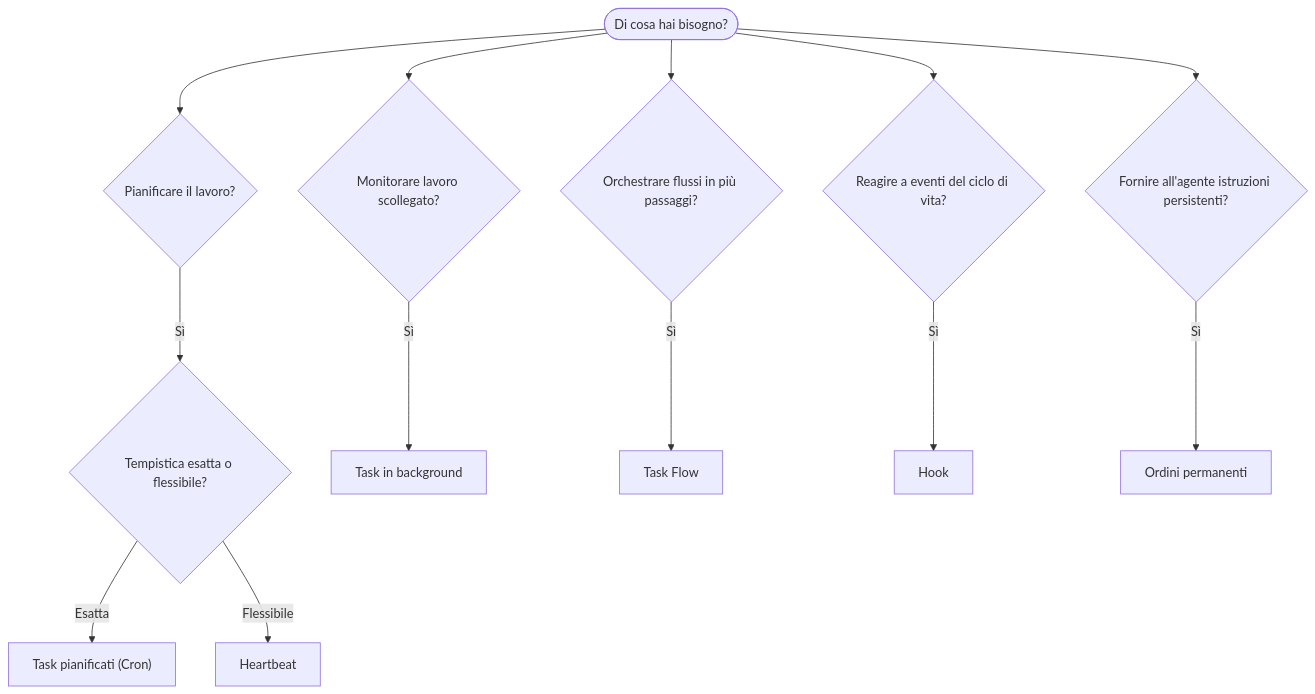
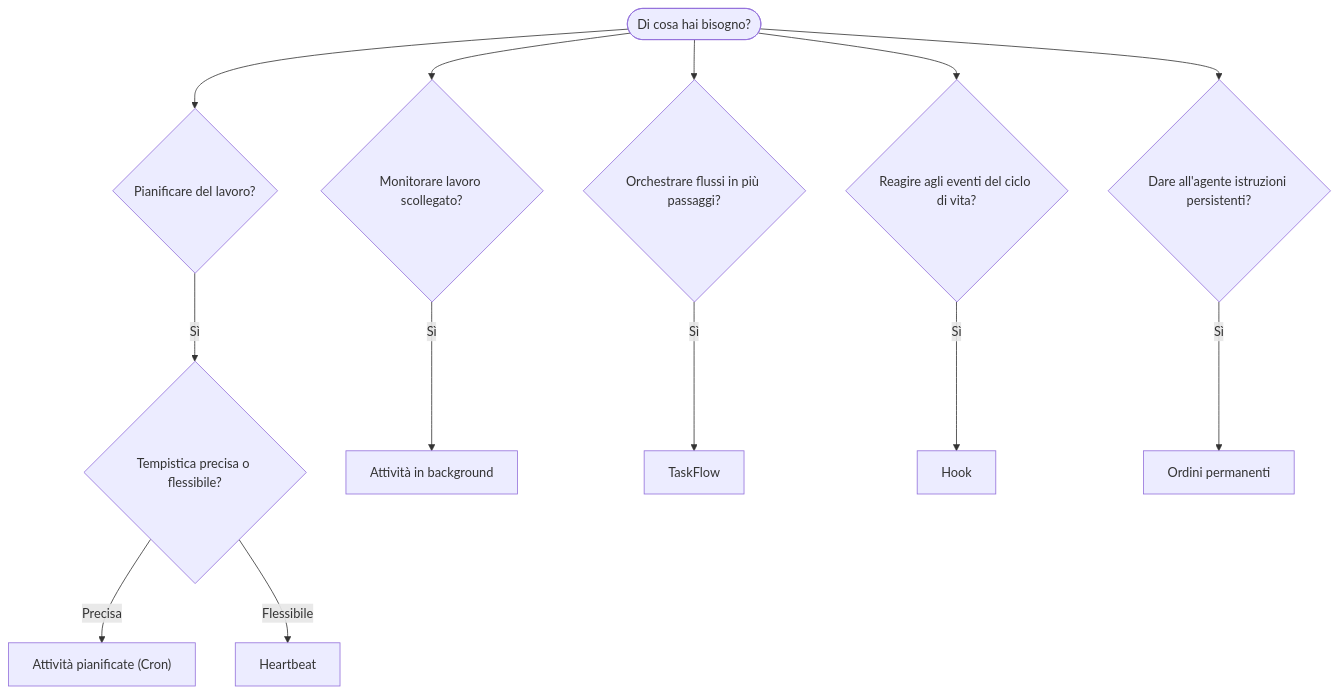
One commit to openclaw/docs changed the diagram in docs/it/automation/index.md. Above: the diagram before and after it, drawn with Mermaid. The commit also changed other lines of this file and 440 other files, not shown here.

````diff
--- a/docs/it/automation/index.md
+++ b/docs/it/automation/index.md
@@ -23,17 +21,17 @@
 ```mermaid
 flowchart TD
-    START([Di cosa hai bisogno?]) --> Q1{Pianificare il lavoro?}
+    START([Di cosa hai bisogno?]) --> Q1{Pianificare del lavoro?}
     START --> Q2{Monitorare lavoro scollegato?}
     START --> Q3{Orchestrare flussi in più passaggi?}
-    START --> Q4{Reagire a eventi del ciclo di vita?}
-    START --> Q5{Fornire all'agente istruzioni persistenti?}
+    START --> Q4{Reagire agli eventi del ciclo di vita?}
+    START --> Q5{Dare all'agente istruzioni persistenti?}
 
-    Q1 -->|Sì| Q1a{Tempistica esatta o flessibile?}
-    Q1a -->|Esatta| CRON["Task pianificati (Cron)"]
+    Q1 -->|Sì| Q1a{Tempistica precisa o flessibile?}
+    Q1a -->|Precisa| CRON["Attività pianificate (Cron)"]
     Q1a -->|Flessibile| HEARTBEAT[Heartbeat]
 
-    Q2 -->|Sì| TASKS[Task in background]
-    Q3 -->|Sì| FLOW[Task Flow]
+    Q2 -->|Sì| TASKS[Attività in background]
+    Q3 -->|Sì| FLOW[TaskFlow]
     Q4 -->|Sì| HOOKS[Hook]
     Q5 -->|Sì| SO[Ordini permanenti]
 ```
````
